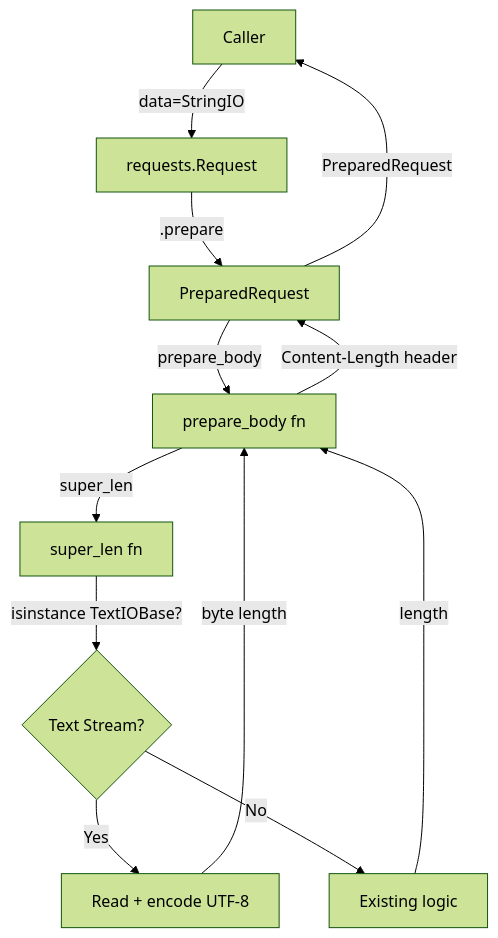
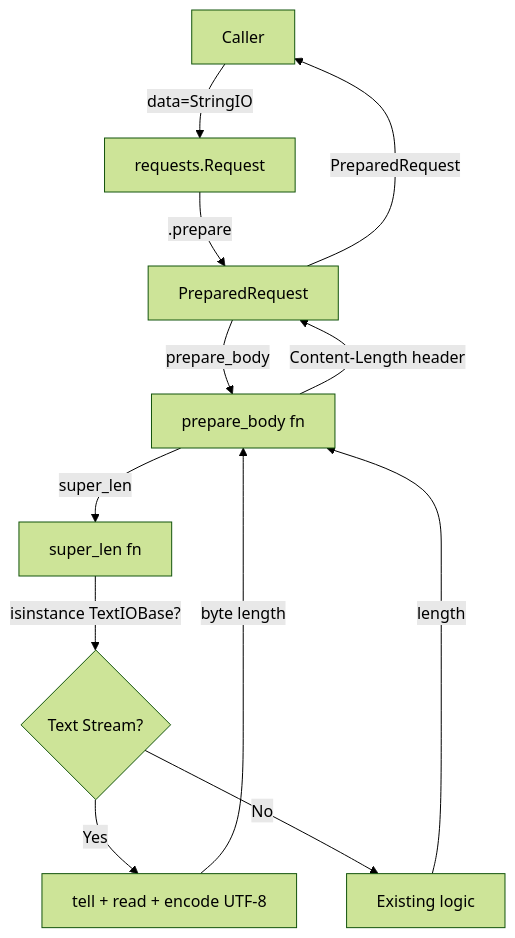
One commit to pavithrachandran70/requests-test-adlc changed the second of 3 diagrams in features/PER-71/hld.md. Above: the diagram before and after it, drawn with Mermaid (forest theme). The commit also changed other lines of this file and 8 other files, not shown here.

Commit message:
adlc(state): PER-71 waiting architect_review

````diff
--- a/features/PER-71/hld.md
+++ b/features/PER-71/hld.md
@@ -313,14 +329,14 @@
 ```mermaid
 graph TD
     A[Caller] -->|data=StringIO| B[requests.Request]
     B -->|.prepare| C[PreparedRequest]
     C -->|prepare_body| D[prepare_body fn]
     D -->|super_len| E[super_len fn]
     E -->|isinstance TextIOBase?| F{Text Stream?}
-    F -->|Yes| G[Read + encode UTF-8]
+    F -->|Yes| G[tell + read + encode UTF-8]
     F -->|No| H[Existing logic]
     G -->|byte length| D
     H -->|length| D
     D -->|Content-Length header| C
     C -->|PreparedRequest| A
 ```
````
